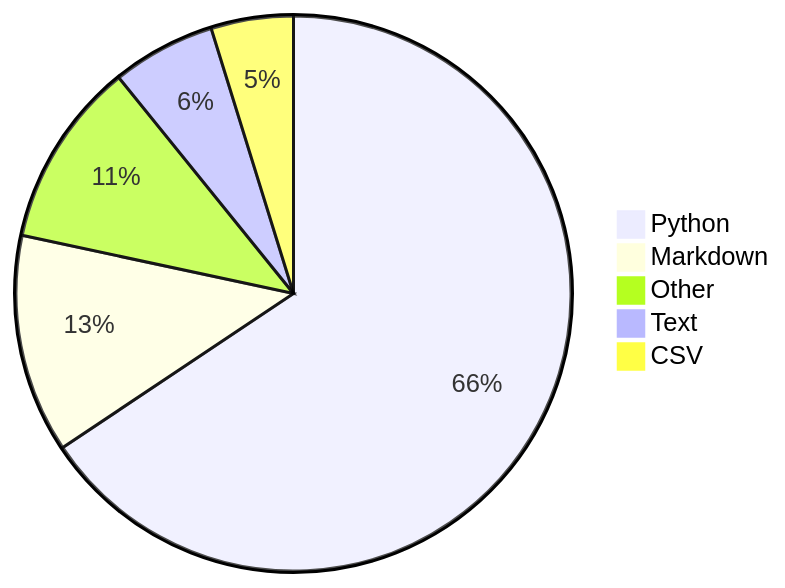
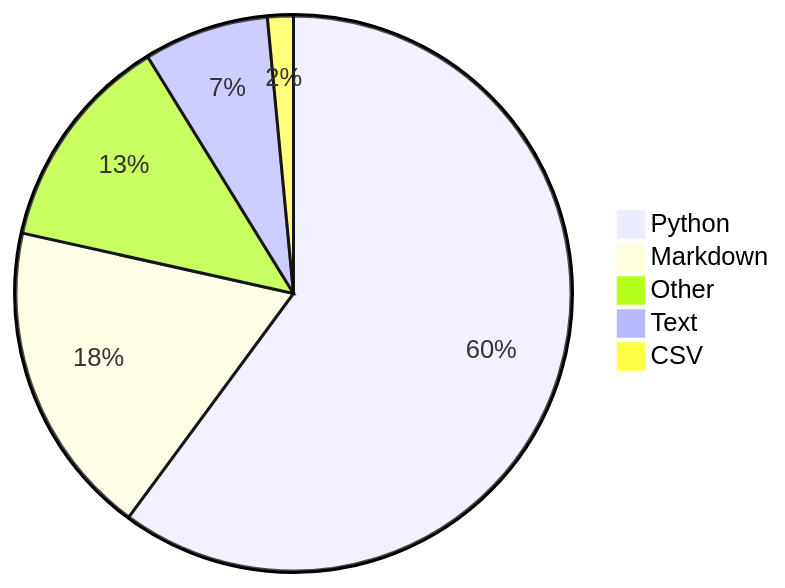
Before and after one commit to Alicia111/alicia111: the diagram in README.md, drawn with Mermaid.

Commit message:
Update WakaTime stats (・ω・)b

````diff
--- a/README.md
+++ b/README.md
@@ -32,8 +32,8 @@
 ```mermaid
 pie
-    "Python" : 65.06
-    "Markdown" : 12.62
-    "Other" : 10.72
-    "Text" : 5.98
-    "CSV" : 4.75
+    "Python" : 59.24
+    "Markdown" : 18.12
+    "Other" : 12.54
+    "Text" : 7.18
+    "CSV" : 1.48
 ```
````
